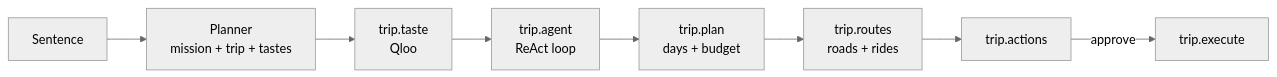
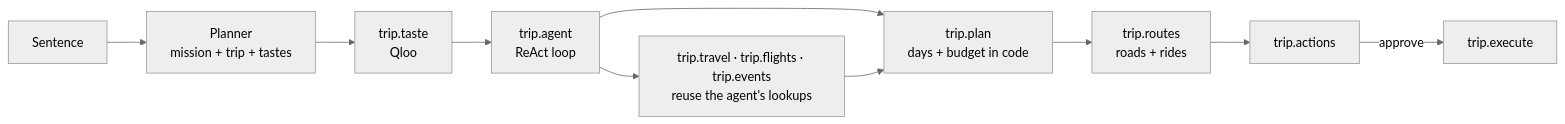
One commit to datArtist-io/backline changed the first of 2 diagrams in docs/ARCHITECTURE.md. Above: the diagram before and after it, drawn with Mermaid (neutral theme). The commit also changed other lines of this file and 24 other files, not shown here.

````diff
--- a/docs/ARCHITECTURE.md
+++ b/docs/ARCHITECTURE.md
@@ -18,10 +18,12 @@
 ```mermaid
 flowchart LR
   U[Sentence] --> P[Planner<br/>mission + trip + tastes]
   P --> T[trip.taste<br/>Qloo]
   T --> A[trip.agent<br/>ReAct loop]
-  A --> L[trip.plan<br/>days + budget]
+  A --> V[trip.travel · trip.flights · trip.events<br/>reuse the agent's lookups]
+  A --> L[trip.plan<br/>days + budget in code]
+  V --> L
   L --> R[trip.routes<br/>roads + rides]
   R --> X[trip.actions]
   X -->|approve| E[trip.execute]
 ```
````
